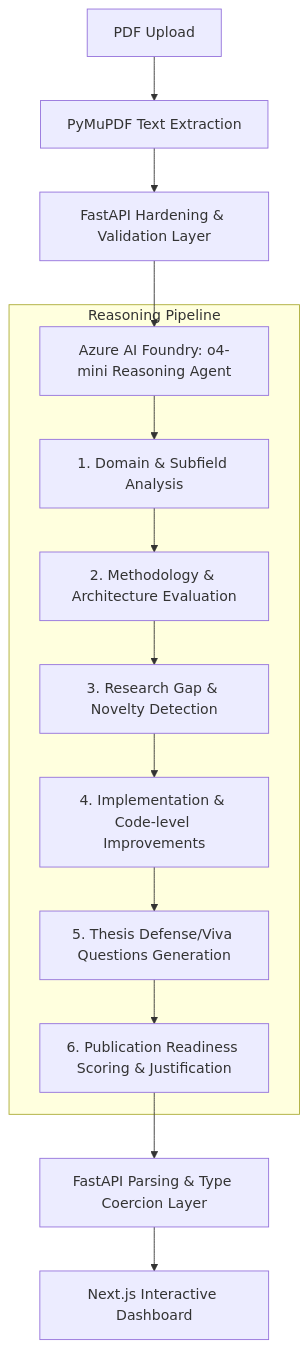
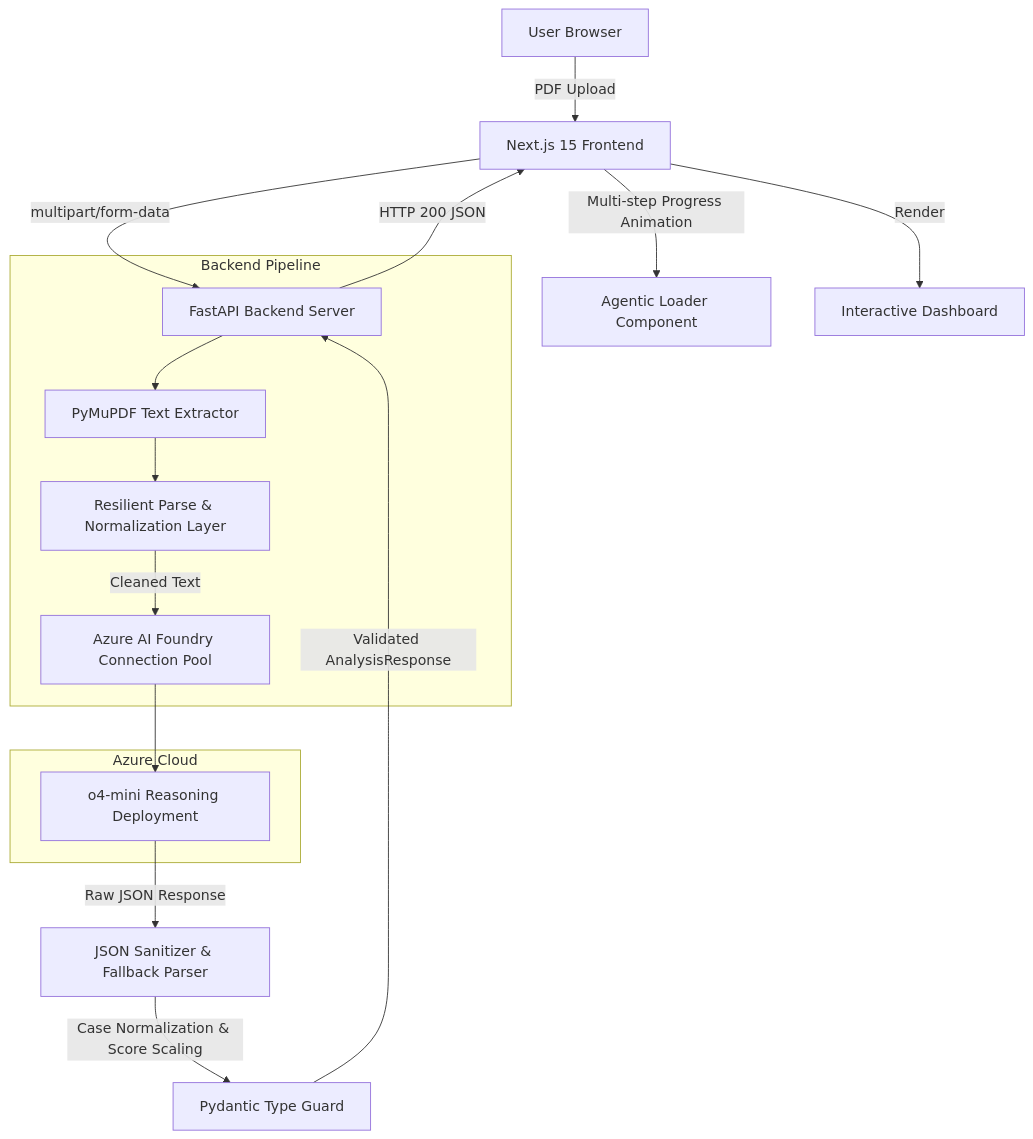
One commit to HariN999/ResearchCompass changed the diagram in README.md. Above: the diagram before and after it, drawn with Mermaid. The commit also changed other lines of this file, not shown here.

````diff
--- a/README.md
+++ b/README.md
@@ -18,16 +38,22 @@
 ```mermaid
 graph TD
-    A[PDF Upload] --> B[PyMuPDF Text Extraction]
-    B --> C[FastAPI Hardening & Validation Layer]
-    C --> D[Azure AI Foundry: o4-mini Reasoning Agent]
-    subgraph Reasoning Pipeline
-        D --> E[1. Domain & Subfield Analysis]
-        E --> F[2. Methodology & Architecture Evaluation]
-        F --> G[3. Research Gap & Novelty Detection]
-        G --> H[4. Implementation & Code-level Improvements]
-        H --> I[5. Thesis Defense/Viva Questions Generation]
-        I --> J[6. Publication Readiness Scoring & Justification]
+    A[User Browser] -- PDF Upload --> B[Next.js 15 Frontend]
+    B -- Multi-step Progress Animation --> C[Agentic Loader Component]
+    B -- multipart/form-data --> D[FastAPI Backend Server]
+    
+    subgraph Backend Pipeline
+        D --> E[PyMuPDF Text Extractor]
+        E --> F[Resilient Parse & Normalization Layer]
+        F -- Cleaned Text --> G[Azure AI Foundry Connection Pool]
     end
-    J --> K[FastAPI Parsing & Type Coercion Layer]
-    K --> L[Next.js Interactive Dashboard]
+    
+    subgraph Azure Cloud
+        G --> H[o4-mini Reasoning Deployment]
+    end
+    
+    H -- Raw JSON Response --> I[JSON Sanitizer & Fallback Parser]
+    I -- Case Normalization & Score Scaling --> J[Pydantic Type Guard]
+    J -- Validated AnalysisResponse --> D
+    D -- HTTP 200 JSON --> B
+    B -- Render --> K[Interactive Dashboard]
 ```
````
